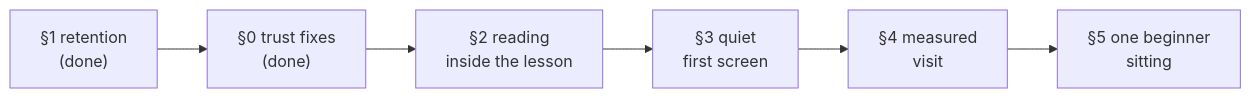
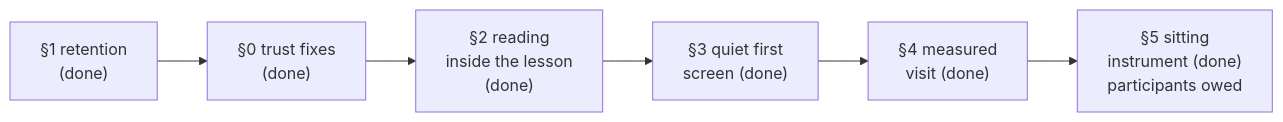
One commit to TLE47/Mechatronics-Roadmap changed the diagram in docs/PLAN-2.1a.md. Above: the diagram before and after it, drawn with Mermaid. The commit also changed other lines of this file and 147 other files, not shown here.

````diff
--- a/docs/PLAN-2.1a.md
+++ b/docs/PLAN-2.1a.md
@@ -12,8 +12,8 @@
 ```mermaid
 flowchart LR
     R["§1 retention<br/>(done)"] --> T["§0 trust fixes<br/>(done)"]
-    T --> RD["§2 reading<br/>inside the lesson"]
-    RD --> Q["§3 quiet<br/>first screen"]
-    Q --> M["§4 measured<br/>visit"]
-    M --> P["§5 one beginner<br/>sitting"]
+    T --> RD["§2 reading<br/>inside the lesson<br/>(done)"]
+    RD --> Q["§3 quiet first<br/>screen (done)"]
+    Q --> M["§4 measured<br/>visit (done)"]
+    M --> P["§5 sitting<br/>instrument (done)<br/>participants owed"]
 ```
````
